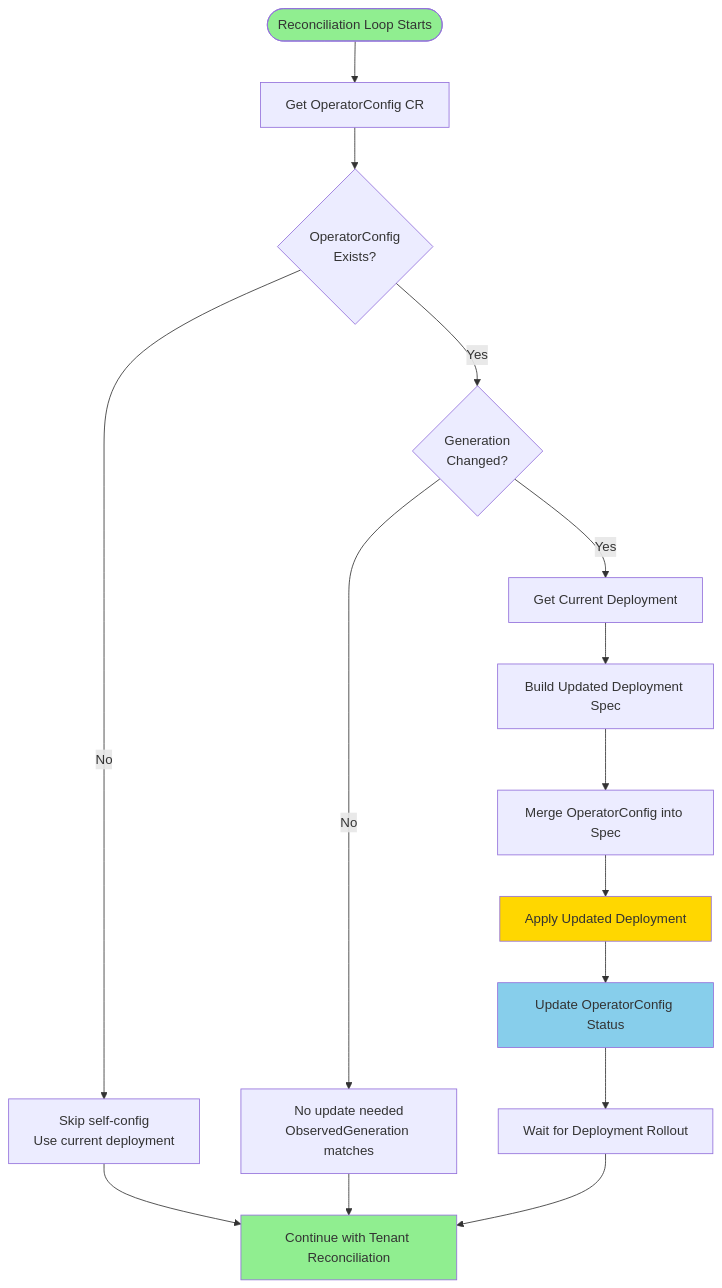
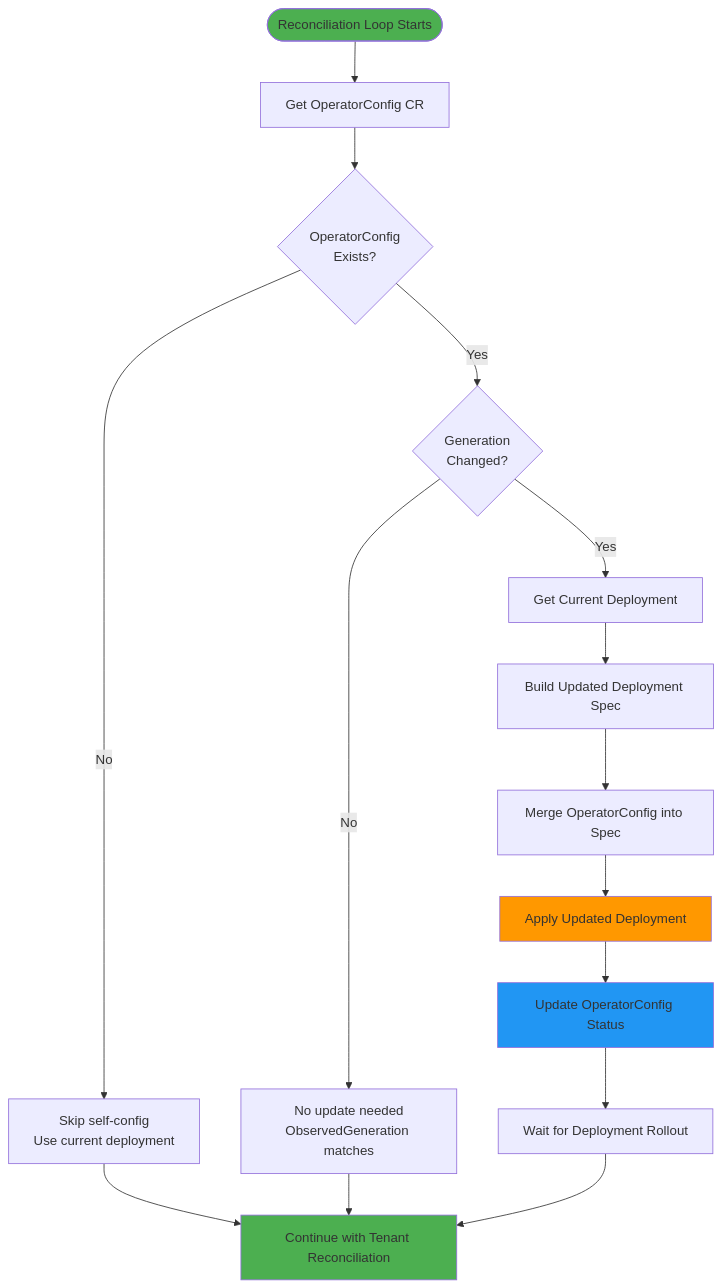
The first of 20 diagrams in docs/flow.md (wheetazlab/cloudflare-zero-trust-operator), drawn with Mermaid before and after one commit. The commit also changed other lines of this file and 1 other file, not shown here.

First line of the commit message:
fix: Replace light colors in mermaid diagrams with darker, more readable colors

````diff
--- a/docs/flow.md
+++ b/docs/flow.md
@@ -192,29 +192,29 @@
 ```mermaid
 flowchart TD
     START([Reconciliation Loop Starts]) --> GET_CONFIG[Get OperatorConfig CR]
     
     GET_CONFIG --> CONFIG_EXISTS{OperatorConfig<br/>Exists?}
     
     CONFIG_EXISTS -->|No| SKIP[Skip self-config<br/>Use current deployment]
     CONFIG_EXISTS -->|Yes| CHECK_GEN{Generation<br/>Changed?}
     
     CHECK_GEN -->|No| SKIP_UPDATE[No update needed<br/>ObservedGeneration matches]
     CHECK_GEN -->|Yes| GET_DEPLOY[Get Current Deployment]
     
     GET_DEPLOY --> BUILD_SPEC[Build Updated Deployment Spec]
     
     BUILD_SPEC --> MERGE[Merge OperatorConfig into Spec]
     MERGE --> APPLY[Apply Updated Deployment]
     
     APPLY --> UPDATE_STATUS[Update OperatorConfig Status]
     UPDATE_STATUS --> WAIT[Wait for Deployment Rollout]
     
     WAIT --> CONTINUE[Continue with Tenant Reconciliation]
     SKIP --> CONTINUE
     SKIP_UPDATE --> CONTINUE
     
-    style START fill:#90EE90
-    style APPLY fill:#FFD700
-    style UPDATE_STATUS fill:#87CEEB
-    style CONTINUE fill:#90EE90
+    style START fill:#4CAF50
+    style APPLY fill:#FF9800
+    style UPDATE_STATUS fill:#2196F3
+    style CONTINUE fill:#4CAF50
 ```
````
